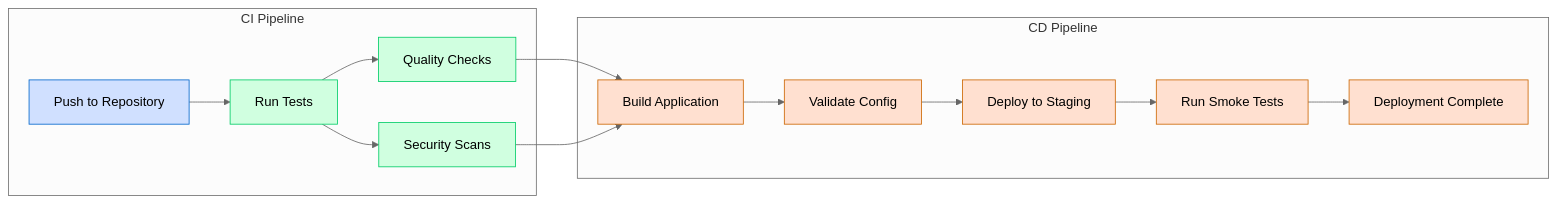
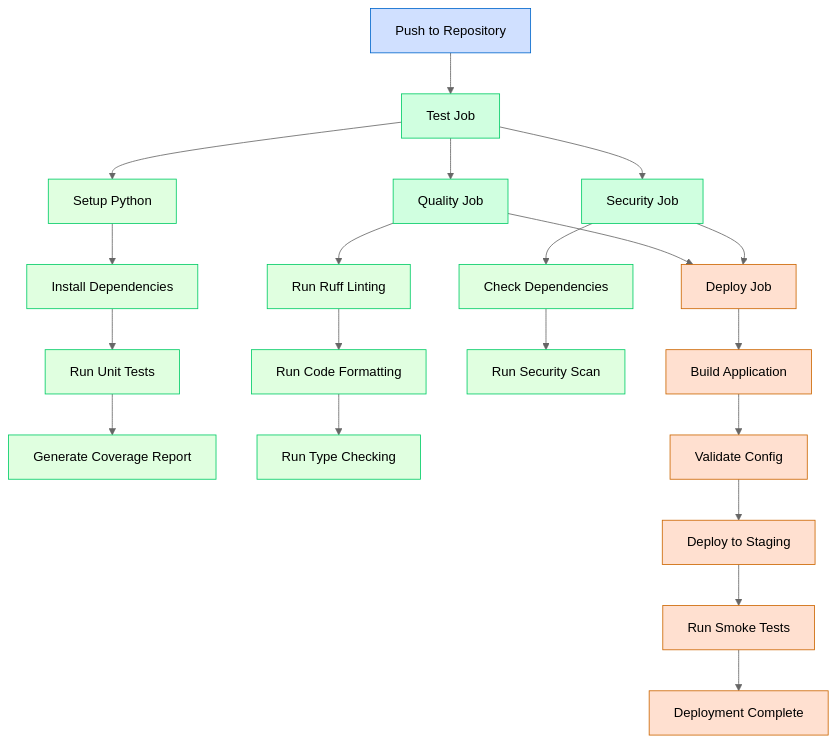
One commit to wolkwork/ci-cd-pipeline changed the diagram in README.md. Above: the diagram before and after it, drawn with Mermaid (neutral theme). The commit also changed other lines of this file, not shown here.

Commit message:
improve readme

````diff
--- a/README.md
+++ b/README.md
@@ -16,27 +16,60 @@
 ```mermaid
-flowchart LR
-    subgraph "CI Pipeline"
-    A[Push to Repository] --> B[Run Tests]
-    B --> C[Quality Checks]
-    B --> D[Security Scans]
-    end
+flowchart TD
+    %% Main workflow steps
+    A[Push to Repository] --> B[Test Job]
+    B --> C[Quality Job]
+    B --> D[Security Job]
+    C --> E[Deploy Job]
+    D --> E
 
-    subgraph "CD Pipeline"
-    C --> E[Build Application]
-    D --> E
-    E --> F[Validate Config]
-    F --> G[Deploy to Staging]
-    G --> H[Run Smoke Tests]
-    H --> I[Deployment Complete]
-    end
+    %% Test job substeps
+    B --> B1[Setup Python]
+    B1 --> B2[Install Dependencies]
+    B2 --> B3[Run Unit Tests]
+    B3 --> B4[Generate Coverage Report]
 
+    %% Quality job substeps
+    C --> C1[Run Ruff Linting]
+    C1 --> C2[Run Code Formatting]
+    C2 --> C3[Run Type Checking]
+
+    %% Security job substeps
+    D --> D1[Check Dependencies]
+    D1 --> D2[Run Security Scan]
+
+    %% Deploy job substeps
+    E --> E1[Build Application]
+    E1 --> E2[Validate Config]
+    E2 --> E3[Deploy to Staging]
+    E3 --> E4[Run Smoke Tests]
+    E4 --> E5[Deployment Complete]
+
+    %% Styling
     style A fill:#d0e0ff,stroke:#0066cc
     style B fill:#d0ffe0,stroke:#00cc66
     style C fill:#d0ffe0,stroke:#00cc66
     style D fill:#d0ffe0,stroke:#00cc66
     style E fill:#ffe0d0,stroke:#cc6600
-    style F fill:#ffe0d0,stroke:#cc6600
-    style G fill:#ffe0d0,stroke:#cc6600
-    style H fill:#ffe0d0,stroke:#cc6600
-    style I fill:#ffe0d0,stroke:#cc6600
+
+    %% Test job styling
+    style B1 fill:#e0ffe0,stroke:#00cc66
+    style B2 fill:#e0ffe0,stroke:#00cc66
+    style B3 fill:#e0ffe0,stroke:#00cc66
+    style B4 fill:#e0ffe0,stroke:#00cc66
+
+    %% Quality job styling
+    style C1 fill:#e0ffe0,stroke:#00cc66
+    style C2 fill:#e0ffe0,stroke:#00cc66
+    style C3 fill:#e0ffe0,stroke:#00cc66
+
+    %% Security job styling
+    style D1 fill:#e0ffe0,stroke:#00cc66
+    style D2 fill:#e0ffe0,stroke:#00cc66
+
+    %% Deploy job styling
+    style E1 fill:#ffe0d0,stroke:#cc6600
+    style E2 fill:#ffe0d0,stroke:#cc6600
+    style E3 fill:#ffe0d0,stroke:#cc6600
+    style E4 fill:#ffe0d0,stroke:#cc6600
+    style E5 fill:#ffe0d0,stroke:#cc6600
 ```
````
